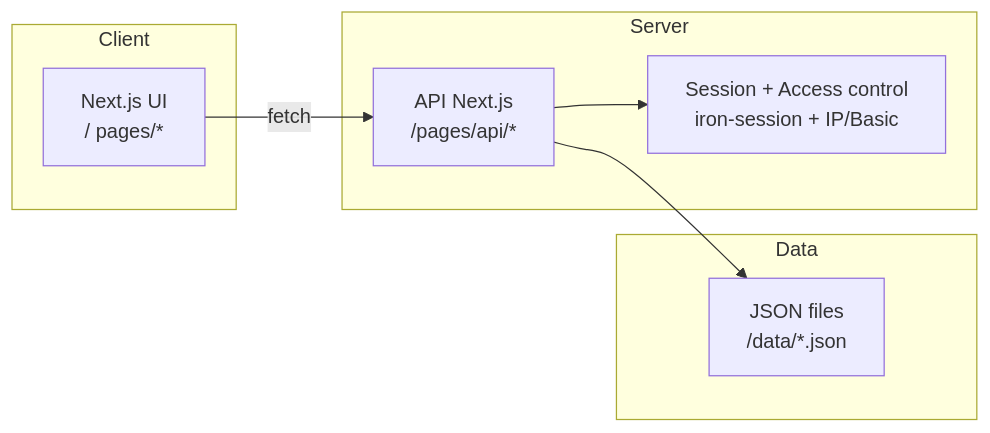
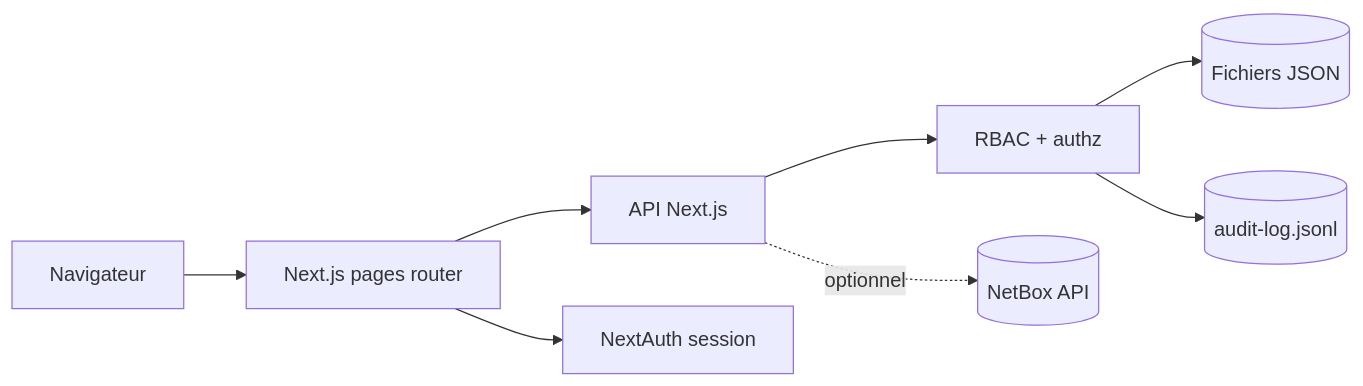
One commit to lquastana/it-lanscape changed the diagram in docs/architecture.md. Above: the diagram before and after it, drawn with Mermaid. The commit also changed other lines of this file and 8 other files, not shown here.

````diff
--- a/docs/architecture.md
+++ b/docs/architecture.md
@@ -5,19 +5,10 @@
 ```mermaid
 flowchart LR
-  subgraph Client
-    UI[Next.js UI<br/>/ pages/*]
-  end
-
-  subgraph Server
-    API[API Next.js<br/>/pages/api/*]
-    Auth[Session + Access control<br/>iron-session + IP/Basic]
-  end
-
-  subgraph Data
-    JSON[JSON files<br/>/data/*.json]
-  end
-
-  UI -->|fetch| API
-  API --> Auth
-  API --> JSON
+  Browser[Navigateur] --> UI[Next.js pages router]
+  UI --> API[API Next.js]
+  UI --> Auth[NextAuth session]
+  API --> Guard[RBAC + authz]
+  Guard --> JSON[(Fichiers JSON)]
+  Guard --> Audit[(audit-log.jsonl)]
+  API -. optionnel .-> NetBox[(NetBox API)]
 ```
````
